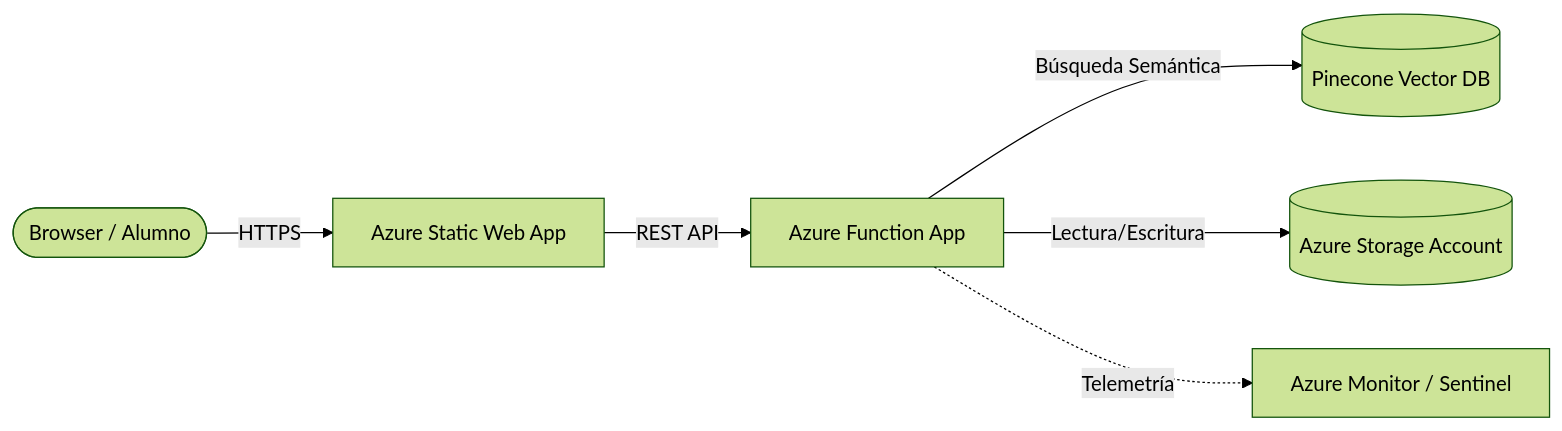
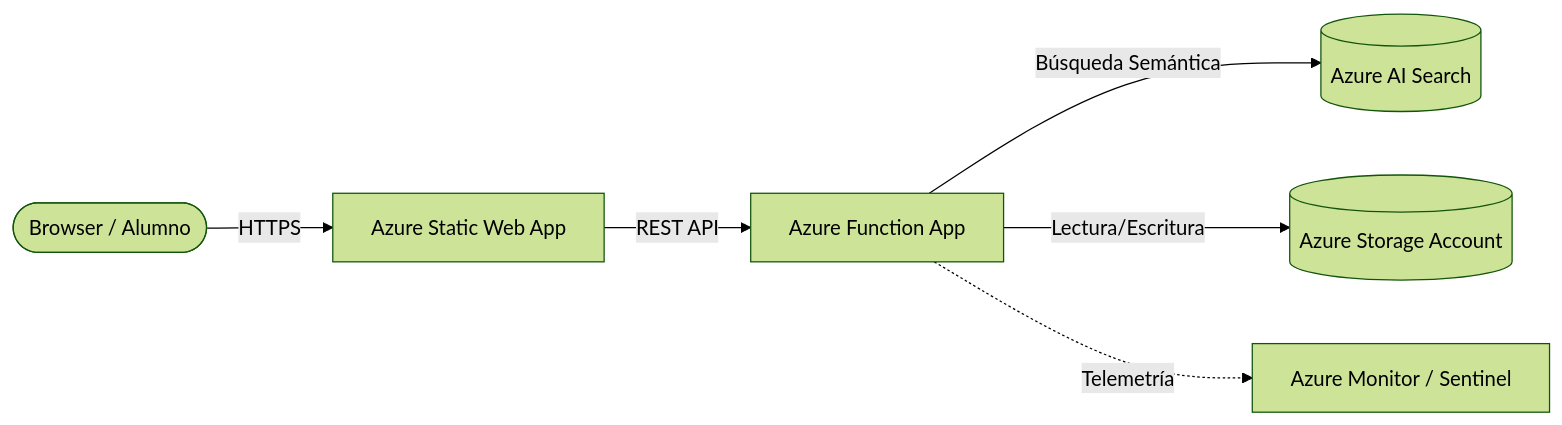
The diagram in README.md (lucas-vidmar/uade-innova), drawn with Mermaid (forest theme) before and after one commit. The commit also changed other lines of this file and 27 other files, not shown here.

First line of the commit message:
feat(search): migrate vector store to Azure AI Search

````diff
--- a/README.md
+++ b/README.md
@@ -34,8 +34,8 @@
 ```mermaid
 graph LR
     User([Browser / Alumno]) -- HTTPS --> SWA[Azure Static Web App]
     SWA -- REST API --> Func[Azure Function App]
-    Func -- Búsqueda Semántica --> Pinecone[(Pinecone Vector DB)]
+    Func -- Búsqueda Semántica --> Search[(Azure AI Search)]
     Func -- Lectura/Escritura --> Storage[(Azure Storage Account)]
     Func -. Telemetría .-> Monitor[Azure Monitor / Sentinel]
 ```
````
